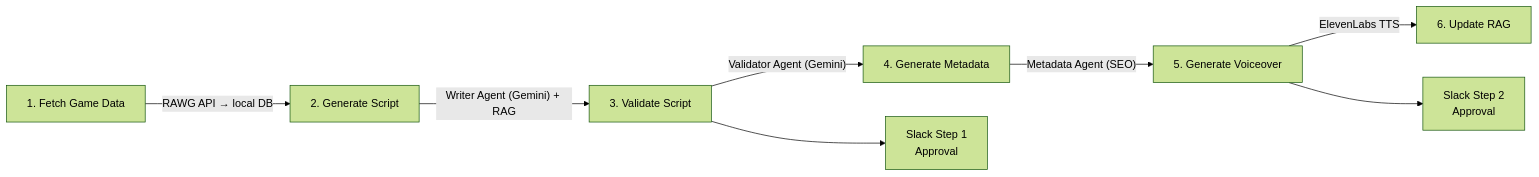
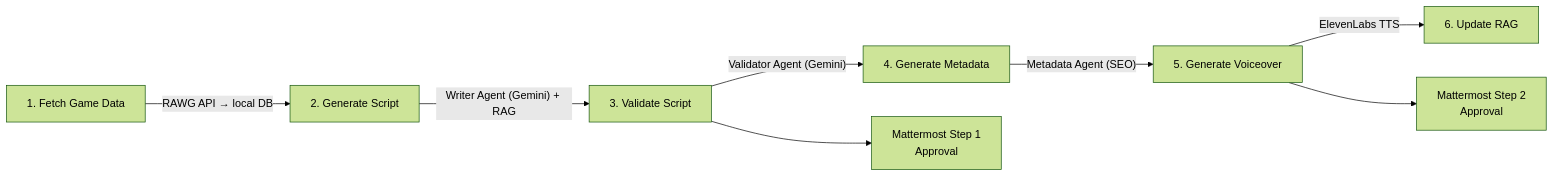
One commit to Adamo-97/pi_setup changed the third of 4 diagrams in pi_youtube_stack/README.md. Above: the diagram before and after it, drawn with Mermaid (forest theme). The commit also changed other lines of this file and 39 other files, not shown here.

````diff
--- a/pi_youtube_stack/README.md
+++ b/pi_youtube_stack/README.md
@@ -81,10 +81,10 @@
 ```mermaid
 flowchart LR
     S1["1. Fetch Game Data"] -->|"RAWG API → local DB"| S2["2. Generate Script"]
     S2 -->|"Writer Agent (Gemini) + RAG"| S3["3. Validate Script"]
     S3 -->|"Validator Agent (Gemini)"| S4["4. Generate Metadata"]
     S4 -->|"Metadata Agent (SEO)"| S5["5. Generate Voiceover"]
     S5 -->|"ElevenLabs TTS"| S6["6. Update RAG"]
-    S3 --> SlackA["Slack Step 1\nApproval"]
-    S5 --> SlackB["Slack Step 2\nApproval"]
+    S3 --> MMA["Mattermost Step 1\nApproval"]
+    S5 --> MMB["Mattermost Step 2\nApproval"]
 ```
````
